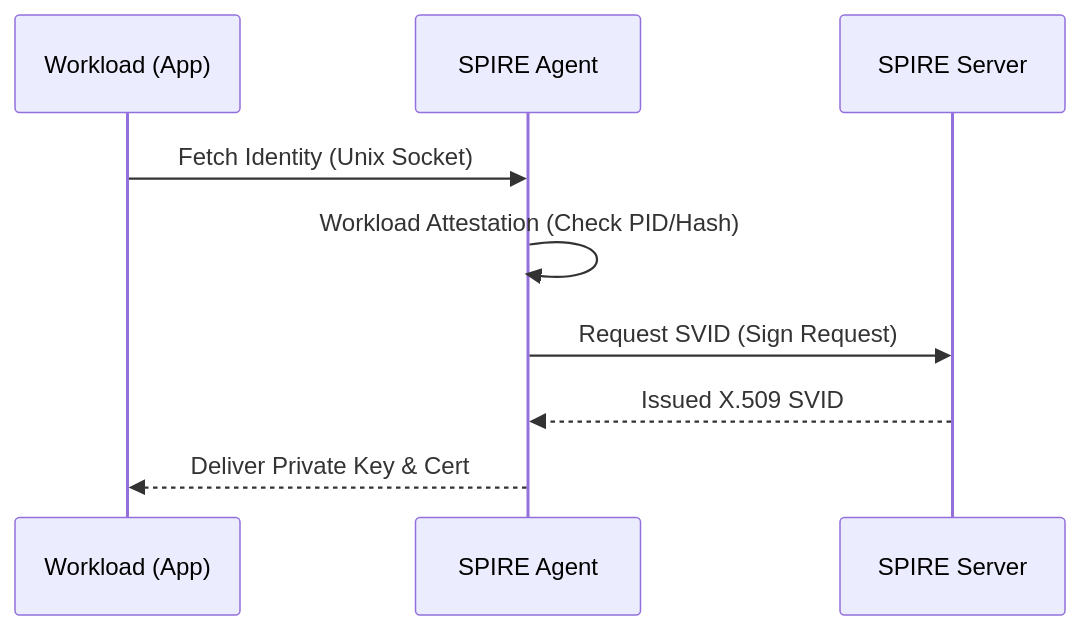
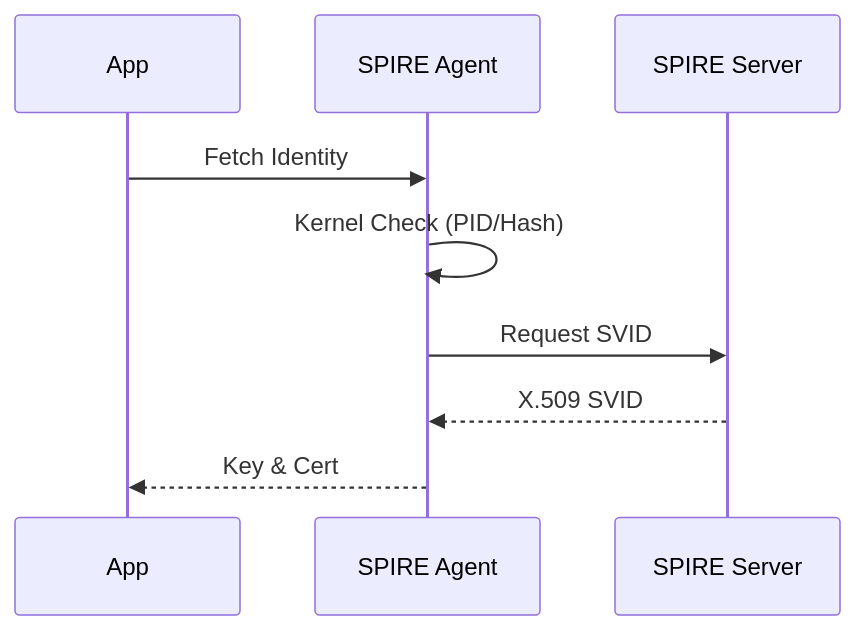
One commit to hlwqds/hl-ljj-quartz changed the diagram in content/2026-03-11-sdp-application-identity-mtls.md. Above: the diagram before and after it, drawn with Mermaid. The commit also changed other lines of this file and 42 other files, not shown here.

````diff
--- a/content/2026-03-11-sdp-application-identity-mtls.md
+++ b/content/2026-03-11-sdp-application-identity-mtls.md
@@ -17,12 +22,11 @@
 ```mermaid
 sequenceDiagram
-    participant W as Workload (App)
+    participant W as App
     participant A as SPIRE Agent
     participant S as SPIRE Server
-
-    W->>A: Fetch Identity (Unix Socket)
-    A->>A: Workload Attestation (Check PID/Hash)
-    A->>S: Request SVID (Sign Request)
-    S-->>A: Issued X.509 SVID
-    A-->>W: Deliver Private Key & Cert
+    W->>A: Fetch Identity
+    A->>A: Kernel Check (PID/Hash)
+    A->>S: Request SVID
+    S-->>A: X.509 SVID
+    A-->>W: Key & Cert
 ```
````
